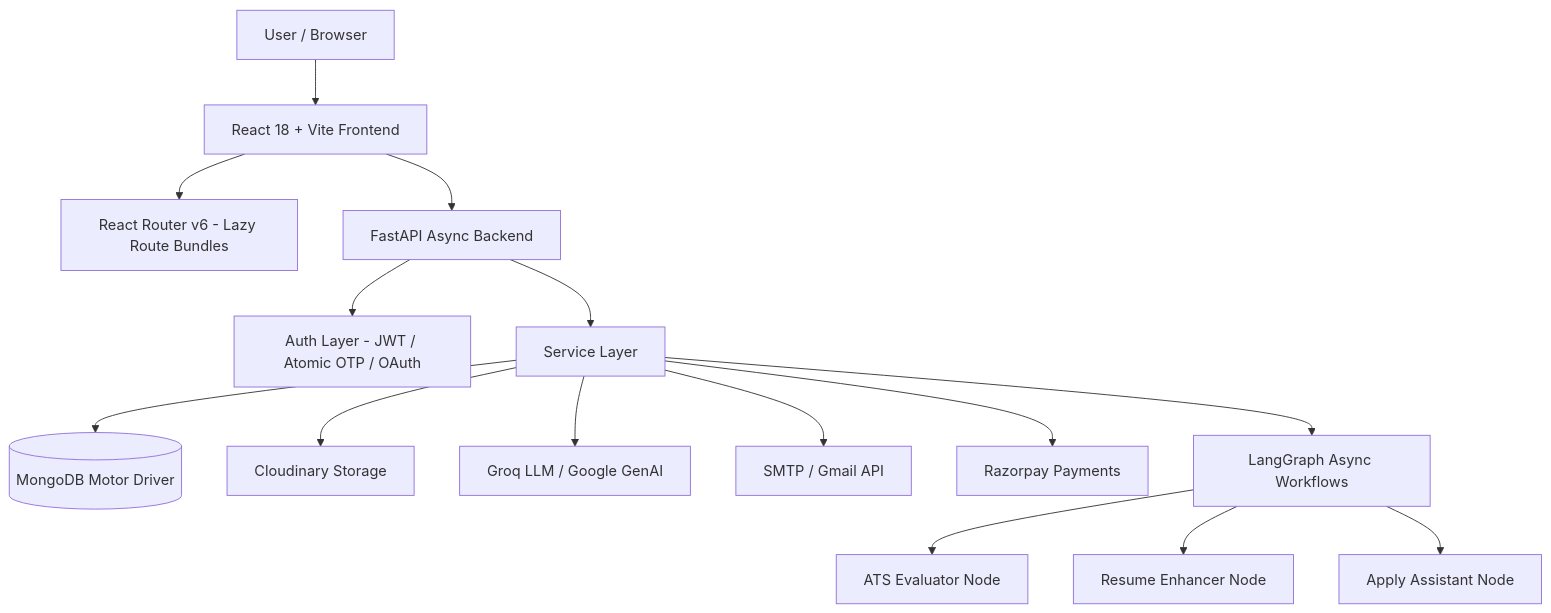
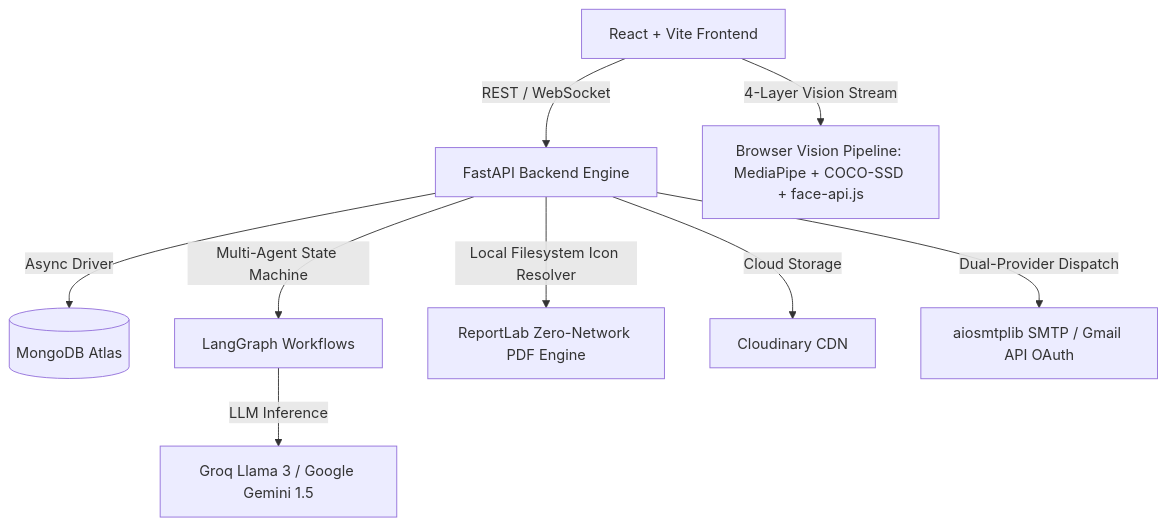
Before and after one commit to agrawalrohit937/Resume-Screening-System: the first of 12 diagrams in README.md, drawn with Mermaid. The commit also changed other lines of this file and 7 other files, not shown here.

````diff
--- a/README.md
+++ b/README.md
@@ -176,17 +13,11 @@
 ```mermaid
-graph TB
-    User[User / Browser] --> FE[React 18 + Vite Frontend]
-    FE --> Router[React Router v6 - Lazy Route Bundles]
-    FE --> API[FastAPI Async Backend]
-    API --> Auth[Auth Layer - JWT / Atomic OTP / OAuth]
-    API --> Services[Service Layer]
-    Services --> DB[(MongoDB Motor Driver)]
-    Services --> Cloudinary[Cloudinary Storage]
-    Services --> LLM[Groq LLM / Google GenAI]
-    Services --> Email[SMTP / Gmail API]
-    Services --> Razorpay[Razorpay Payments]
-    Services --> Workflows[LangGraph Async Workflows]
-    Workflows --> ATSGraph[ATS Evaluator Node]
-    Workflows --> EnhancerGraph[Resume Enhancer Node]
-    Workflows --> ApplyAssistantGraph[Apply Assistant Node]
+graph TD
+    Client[React + Vite Frontend] -->|REST / WebSocket| Gateway[FastAPI Backend Engine]
+    Gateway -->|Async Driver| DB[(MongoDB Atlas)]
+    Gateway -->|Multi-Agent State Machine| LangGraph[LangGraph Workflows]
+    LangGraph -->|LLM Inference| LLM[Groq Llama 3 / Google Gemini 1.5]
+    Gateway -->|Local Filesystem Icon Resolver| PDF[ReportLab Zero-Network PDF Engine]
+    Gateway -->|Cloud Storage| Cloudinary[Cloudinary CDN]
+    Gateway -->|Dual-Provider Dispatch| Email[aiosmtplib SMTP / Gmail API OAuth]
+    Client -->|4-Layer Vision Stream| Vision[Browser Vision Pipeline: MediaPipe + COCO-SSD + face-api.js]
 ```
````
